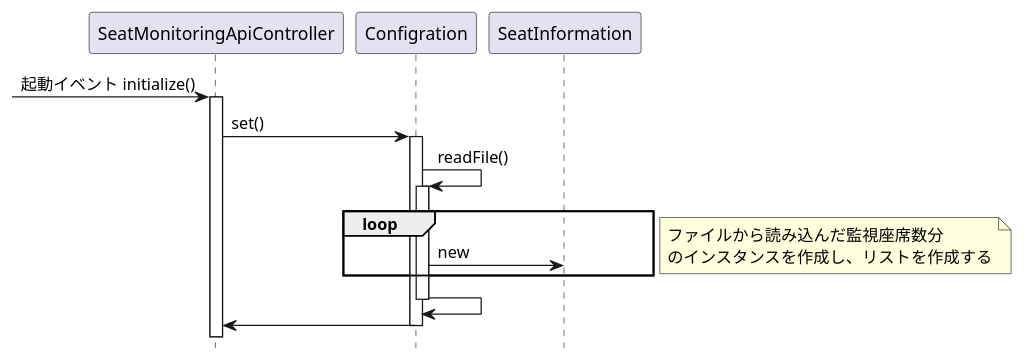
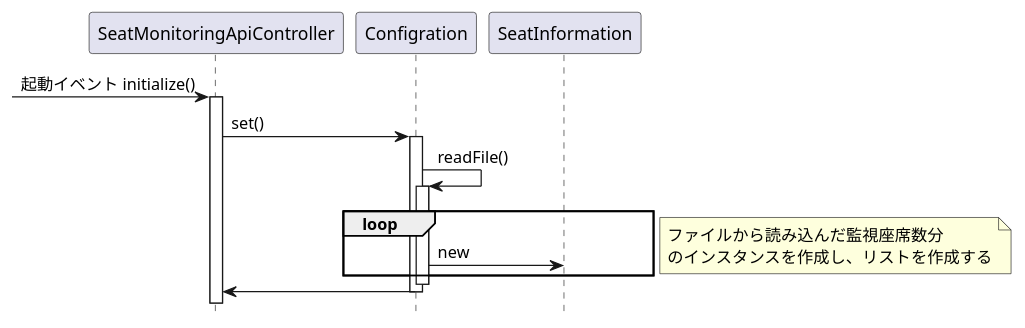
Before and after one commit to KeisukeSugita/Seat-monitoring-system: the diagram in doc/詳細設計/詳細設計書/構成図/SeatMonitoringAPI起動シーケンス図.pu, drawn with PlantUML.

Commit message:
不要な行の削除

```diff
--- a/doc/詳細設計/詳細設計書/構成図/SeatMonitoringAPI起動シーケンス図.pu
+++ b/doc/詳細設計/詳細設計書/構成図/SeatMonitoringAPI起動シーケンス図.pu
@@ -1,28 +1,27 @@
 @startuml SeatMonitoringAPI起動シーケンス図
 hide footbox
 
 participant "SeatMonitoringApiController" as SeatMonitoringApiController
 participant "Configration" as Configration
 participant "SeatInformation" as SeatInformation
 
 -> SeatMonitoringApiController :起動イベント initialize()
 activate SeatMonitoringApiController
 SeatMonitoringApiController -> Configration : set()
 activate Configration
 Configration -> Configration :readFile()
 activate Configration
 
 loop
 	Configration -> SeatInformation :new
 end
 note right
 	ファイルから読み込んだ監視座席数分
 	のインスタンスを作成し、リストを作成する
 end note
 
-Configration -> Configration
 deactivate Configration
 SeatMonitoringApiController <- Configration
 deactivate Configration
 
 @enduml
```
